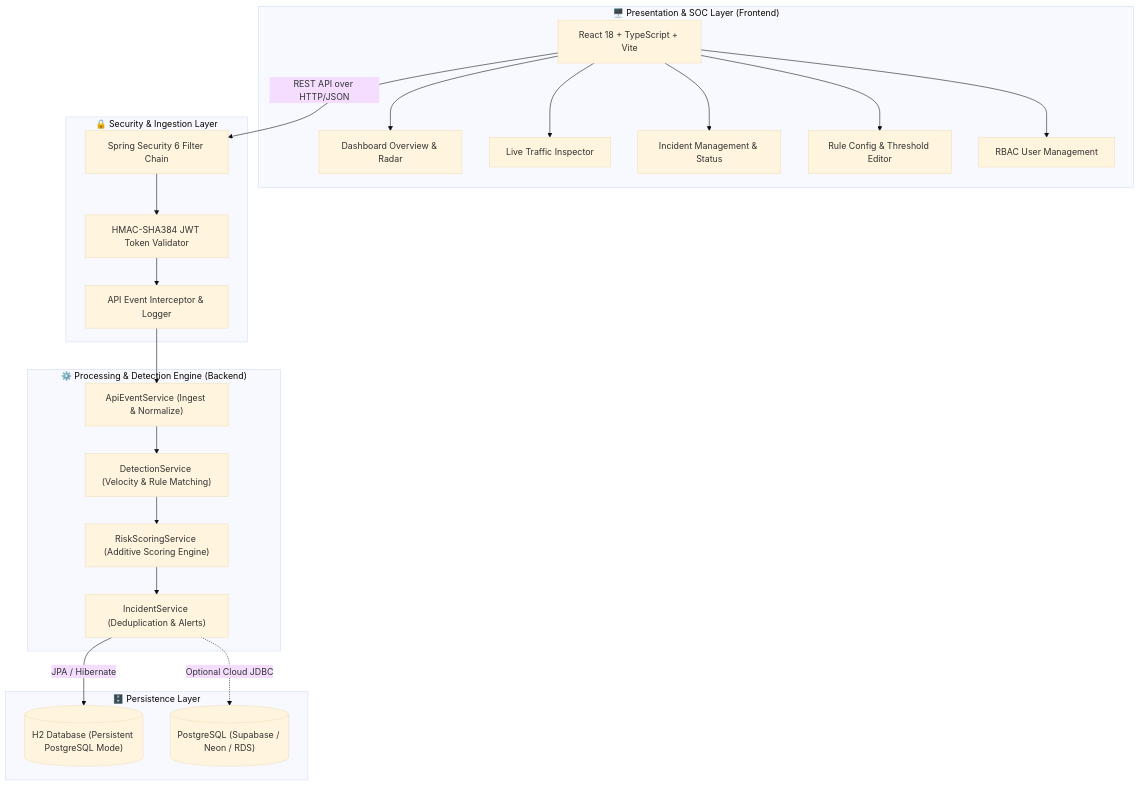
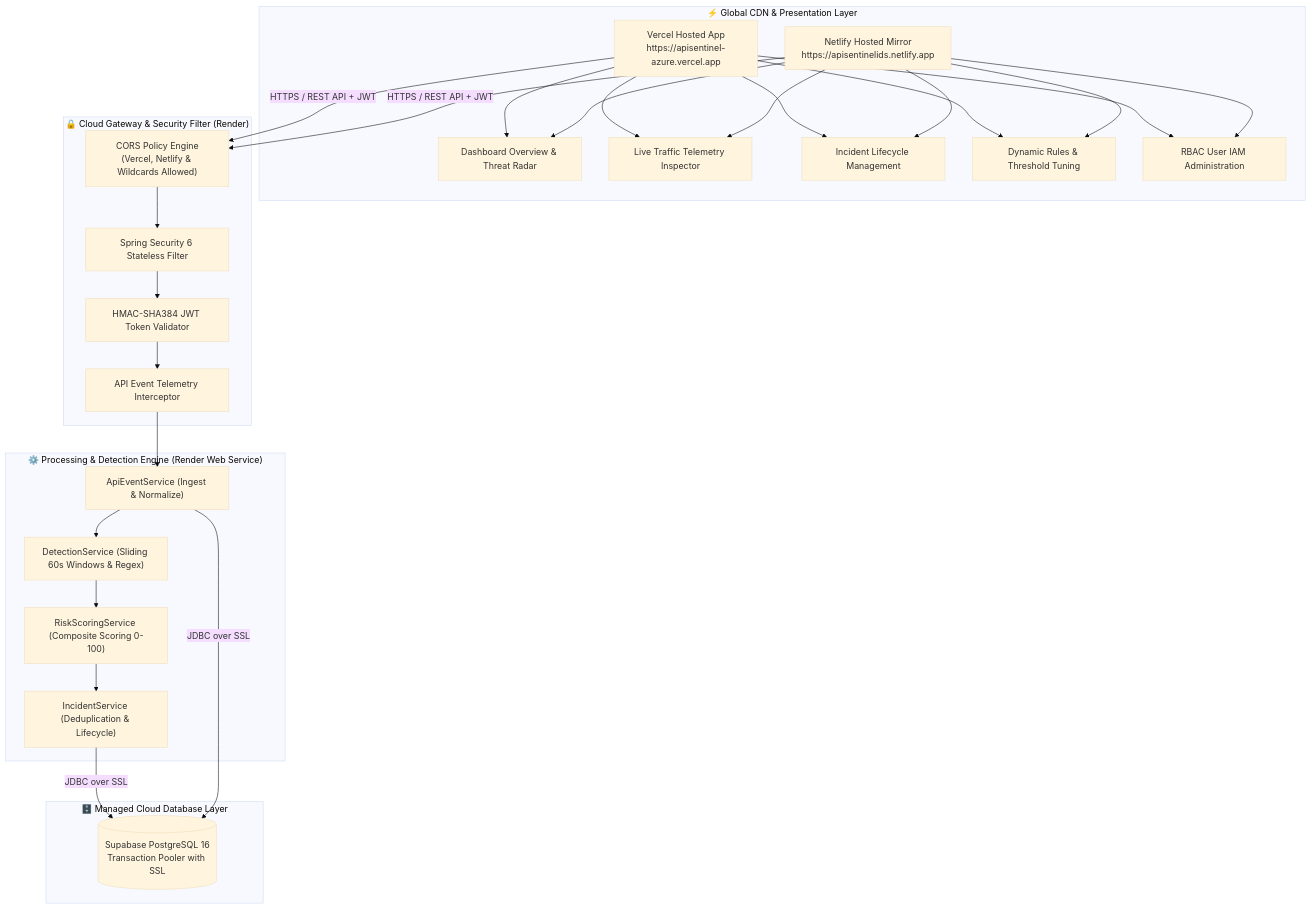
Before and after one commit to MindOverFloww/Sentinel-API: the first of 4 diagrams in README.md, drawn with Mermaid (base theme). The commit also changed other lines of this file, not shown here.

Commit message:
docs: update README for Vercel, Netlify, and Render cloud deployments

````diff
--- a/README.md
+++ b/README.md
@@ -242,45 +197,45 @@
 ```mermaid
 graph TB
-    subgraph ClientLayer["🖥️ Presentation & SOC Layer (Frontend)"]
-        UI["React 18 + TypeScript + Vite"]
-        Dashboard["Dashboard Overview & Radar"]
-        TrafficView["Live Traffic Inspector"]
-        IncidentTriage["Incident Management & Status"]
-        RulesManager["Rule Config & Threshold Editor"]
-        UsersAdmin["RBAC User Management"]
-        UI --> Dashboard
-        UI --> TrafficView
-        UI --> IncidentTriage
-        UI --> RulesManager
-        UI --> UsersAdmin
+    subgraph ClientCloud["⚡ Global CDN & Presentation Layer"]
+        Vercel["Vercel Hosted App\nhttps://apisentinel-azure.vercel.app"]
+        Netlify["Netlify Hosted Mirror\nhttps://apisentinelids.netlify.app"]
+        Dashboard["Dashboard Overview & Threat Radar"]
+        TrafficView["Live Traffic Telemetry Inspector"]
+        IncidentTriage["Incident Lifecycle Management"]
+        RulesManager["Dynamic Rules & Threshold Tuning"]
+        UsersAdmin["RBAC User IAM Administration"]
+        
+        Vercel --> Dashboard & TrafficView & IncidentTriage & RulesManager & UsersAdmin
+        Netlify --> Dashboard & TrafficView & IncidentTriage & RulesManager & UsersAdmin
     end
 
-    subgraph SecurityGateway["🔒 Security & Ingestion Layer"]
-        SecFilter["Spring Security 6 Filter Chain"]
+    subgraph SecurityGateway["🔒 Cloud Gateway & Security Filter (Render)"]
+        CORS["CORS Policy Engine\n(Vercel, Netlify & Wildcards Allowed)"]
+        SecFilter["Spring Security 6 Stateless Filter"]
         JWT["HMAC-SHA384 JWT Token Validator"]
-        EventInterceptor["API Event Interceptor & Logger"]
-        SecFilter --> JWT
-        JWT --> EventInterceptor
+        EventInterceptor["API Event Telemetry Interceptor"]
+        
+        CORS --> SecFilter --> JWT --> EventInterceptor
     end
 
-    subgraph CoreEngine["⚙️ Processing & Detection Engine (Backend)"]
+    subgraph CoreEngine["⚙️ Processing & Detection Engine (Render Web Service)"]
         EventService["ApiEventService (Ingest & Normalize)"]
-        DetectService["DetectionService (Velocity & Rule Matching)"]
-        RiskService["RiskScoringService (Additive Scoring Engine)"]
-        IncidentService["IncidentService (Deduplication & Alerts)"]
+        DetectService["DetectionService (Sliding 60s Windows & Regex)"]
+        RiskService["RiskScoringService (Composite Scoring 0-100)"]
+        IncidentService["IncidentService (Deduplication & Lifecycle)"]
         
         EventService --> DetectService
         DetectService --> RiskService
         RiskService --> IncidentService
     end
 
-    subgraph StorageLayer["🗄️ Persistence Layer"]
-        H2Local[("H2 Database (Persistent PostgreSQL Mode)")]
-        PostgresCloud[("PostgreSQL (Supabase / Neon / RDS)")]
+    subgraph PersistenceCloud["🗄️ Managed Cloud Database Layer"]
+        Supabase[("Supabase PostgreSQL 16\nTransaction Pooler with SSL")]
     end
 
-    UI -->|REST API over HTTP/JSON| SecFilter
+    Vercel -->|HTTPS / REST API + JWT| CORS
+    Netlify -->|HTTPS / REST API + JWT| CORS
     EventInterceptor --> EventService
-    IncidentService -->|JPA / Hibernate| H2Local
-    IncidentService -.->|Optional Cloud JDBC| PostgresCloud
+    IncidentService -->|JDBC over SSL| Supabase
+    EventService -->|JDBC over SSL| Supabase
 ```
````
